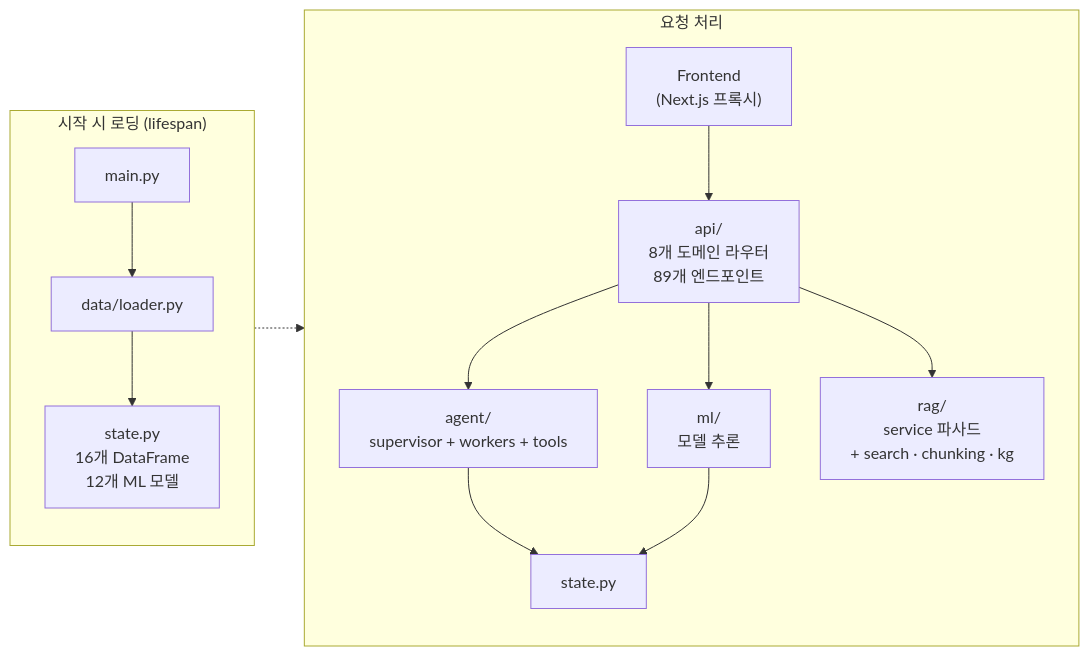
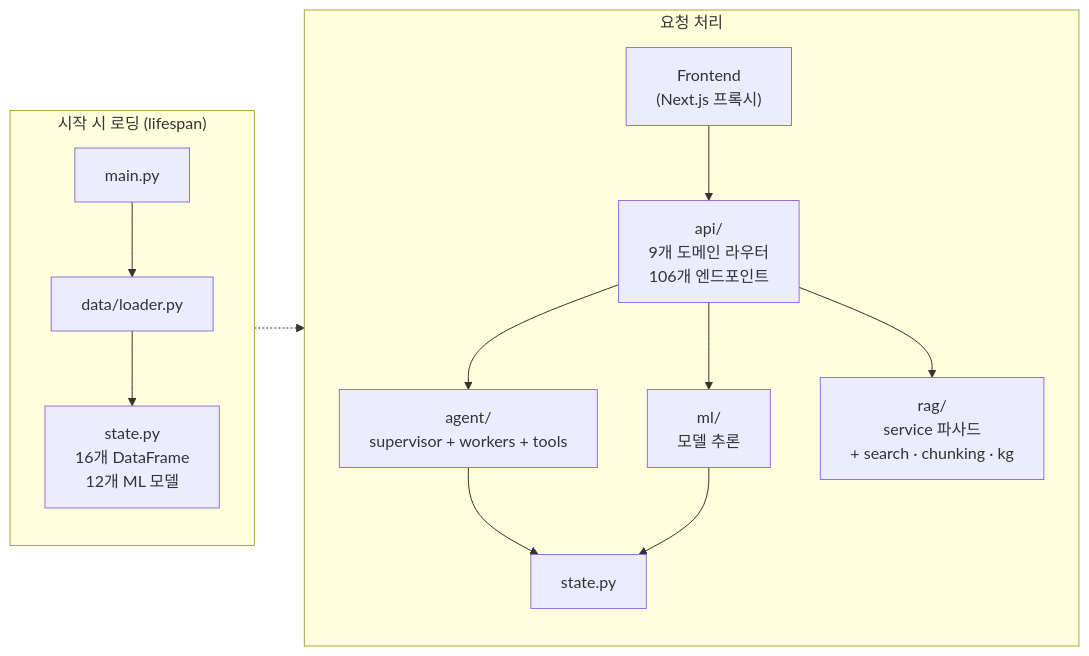
The third of 8 diagrams in README.md (ASNGG/cafe24-demo), drawn with Mermaid before and after one commit. The commit also changed other lines of this file and 43 other files, not shown here.

````diff
--- a/README.md
+++ b/README.md
@@ -287,18 +324,18 @@
 ```mermaid
 flowchart LR
     subgraph Startup["시작 시 로딩 (lifespan)"]
         main["main.py"] --> loader["data/loader.py"]
         loader --> state["state.py<br/>16개 DataFrame<br/>12개 ML 모델"]
     end
 
     subgraph Request["요청 처리"]
-        FE["Frontend<br/>(Next.js 프록시)"] --> routes["api/<br/>8개 도메인 라우터<br/>89개 엔드포인트"]
+        FE["Frontend<br/>(Next.js 프록시)"] --> routes["api/<br/>9개 도메인 라우터<br/>106개 엔드포인트"]
         routes --> agent["agent/<br/>supervisor + workers + tools"]
         routes --> ml["ml/<br/>모델 추론"]
         routes --> rag["rag/<br/>service 파사드<br/>+ search · chunking · kg"]
         agent --> state2["state.py"]
         ml --> state2
     end
 
     Startup -.-> Request
 ```
````
